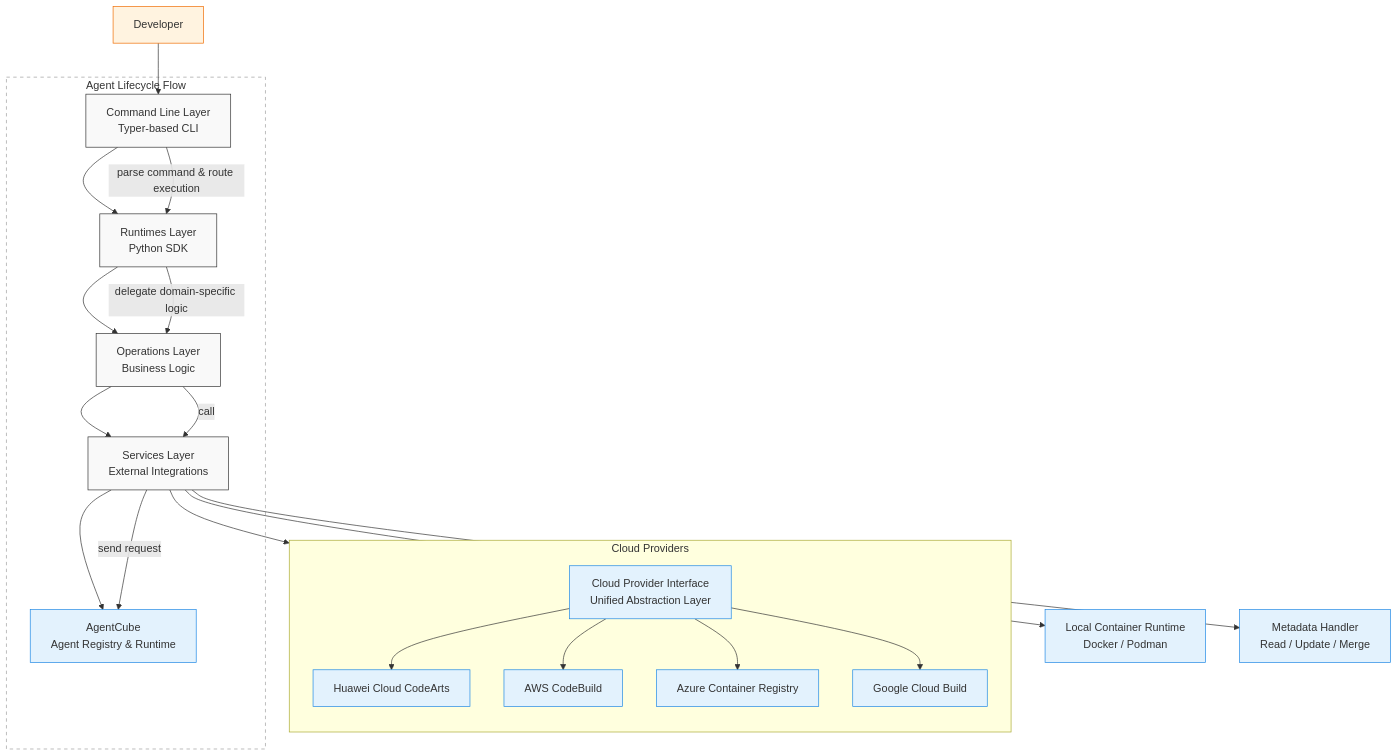
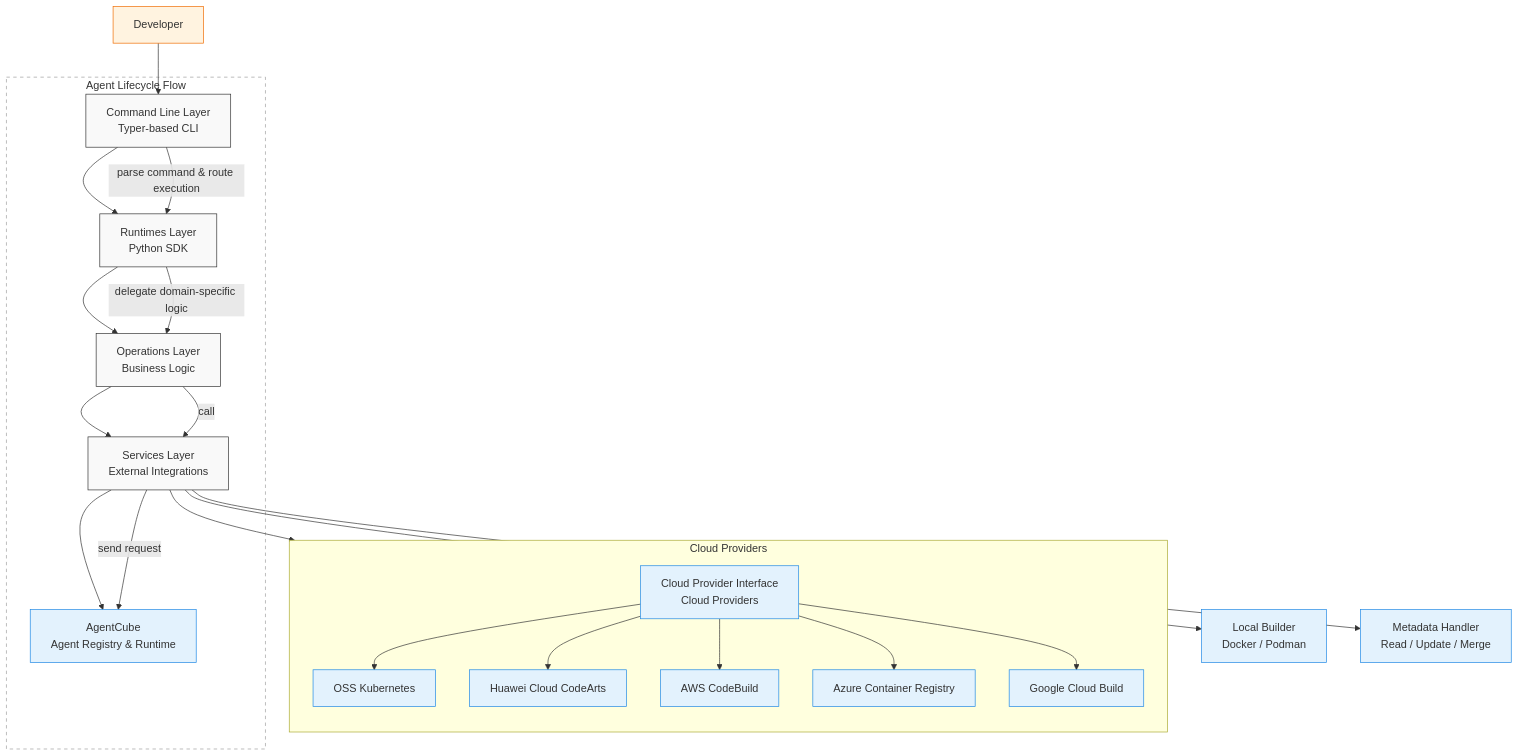
The first of 2 diagrams in docs/design/AgentRun-CLI-Design.md (volcano-sh/agentcube), drawn with Mermaid before and after one commit. The commit also changed other lines of this file, not shown here.

````diff
--- a/docs/design/AgentRun-CLI-Design.md
+++ b/docs/design/AgentRun-CLI-Design.md
@@ -221,53 +221,54 @@
 ```mermaid
 %%{init: {'themeVariables': {'width': '100%'}} }%%
 flowchart TD
   %% Style definitions
   classDef layer fill:#f9f9f9,stroke:#333,stroke-width:1px
   classDef external fill:#e3f2fd,stroke:#1e88e5,stroke-width:1px
   classDef actor fill:#fff3e0,stroke:#ef6c00,stroke-width:1px
   classDef flow fill:#ffffff,stroke:#9e9e9e,stroke-dasharray: 5 5
 
   %% Developer
   Dev["Developer"]
   class Dev actor
 
   %% CLI layers
   Dev --> CLI["Command Line Layer<br/>Typer-based CLI"]
   class CLI layer
 
   CLI --> Runtime["Runtimes Layer<br/>Python SDK"]
   class Runtime layer
 
   Runtime --> Ops["Operations Layer<br/>Business Logic"]
   class Ops layer
 
   Ops --> Services["Services Layer<br/>External Integrations"]
   class Services layer
 
   %% External systems
   Services --> AgentCube["AgentCube<br/>Agent Registry & Runtime"]
-  Services --> Container["Local Container Runtime<br/>Docker / Podman"]
+  Services --> Container["Local Builder<br/>Docker / Podman"]
   Services --> Metadata["Metadata Handler<br/>Read / Update / Merge"]
-  Services --> CloudInterface["Cloud Provider Interface<br/>Unified Abstraction Layer"]
+  Services --> CloudInterface["Cloud Provider Interface<br/>Cloud Providers"]
   class AgentCube,Container,Metadata,CloudInterface external
 
   %% Cloud provider grouping
   subgraph Cloud Providers
     direction TB
+    CloudInterface --> Kubernetes["OSS Kubernetes"]
     CloudInterface --> Huawei["Huawei Cloud CodeArts"]
     CloudInterface --> AWS["AWS CodeBuild"]
     CloudInterface --> Azure["Azure Container Registry"]
     CloudInterface --> GCP["Google Cloud Build"]
-    class Huawei,AWS,Azure,GCP external
+    class Kubernetes,Huawei,AWS,Azure,GCP external
   end
 
   %% Lifecycle flow
   subgraph Flow["Agent Lifecycle Flow"]
     CLI -->|parse command & route execution| Runtime
     Runtime -->| delegate domain-specific logic | Ops
     Ops -->| call | Services
     Services -->|send request| AgentCube
   end
   class Flow flow
 
 ```
````
